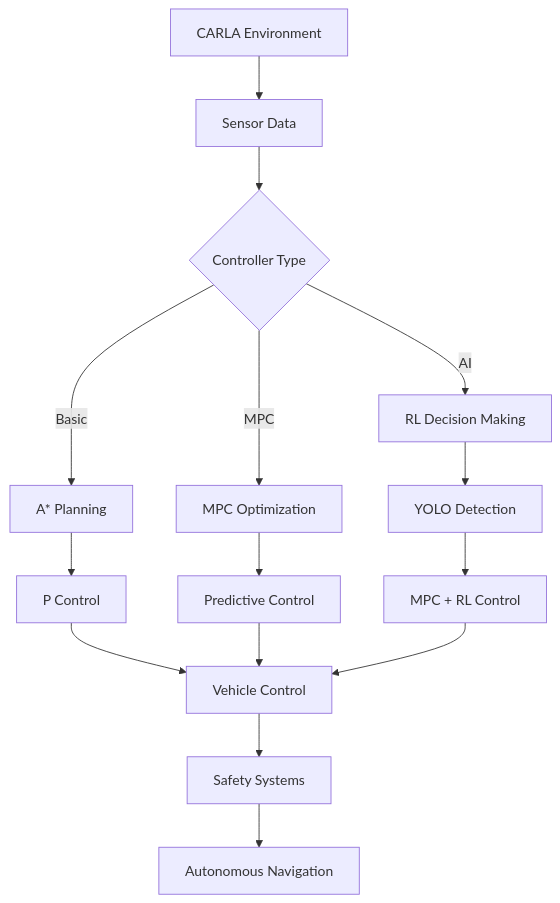
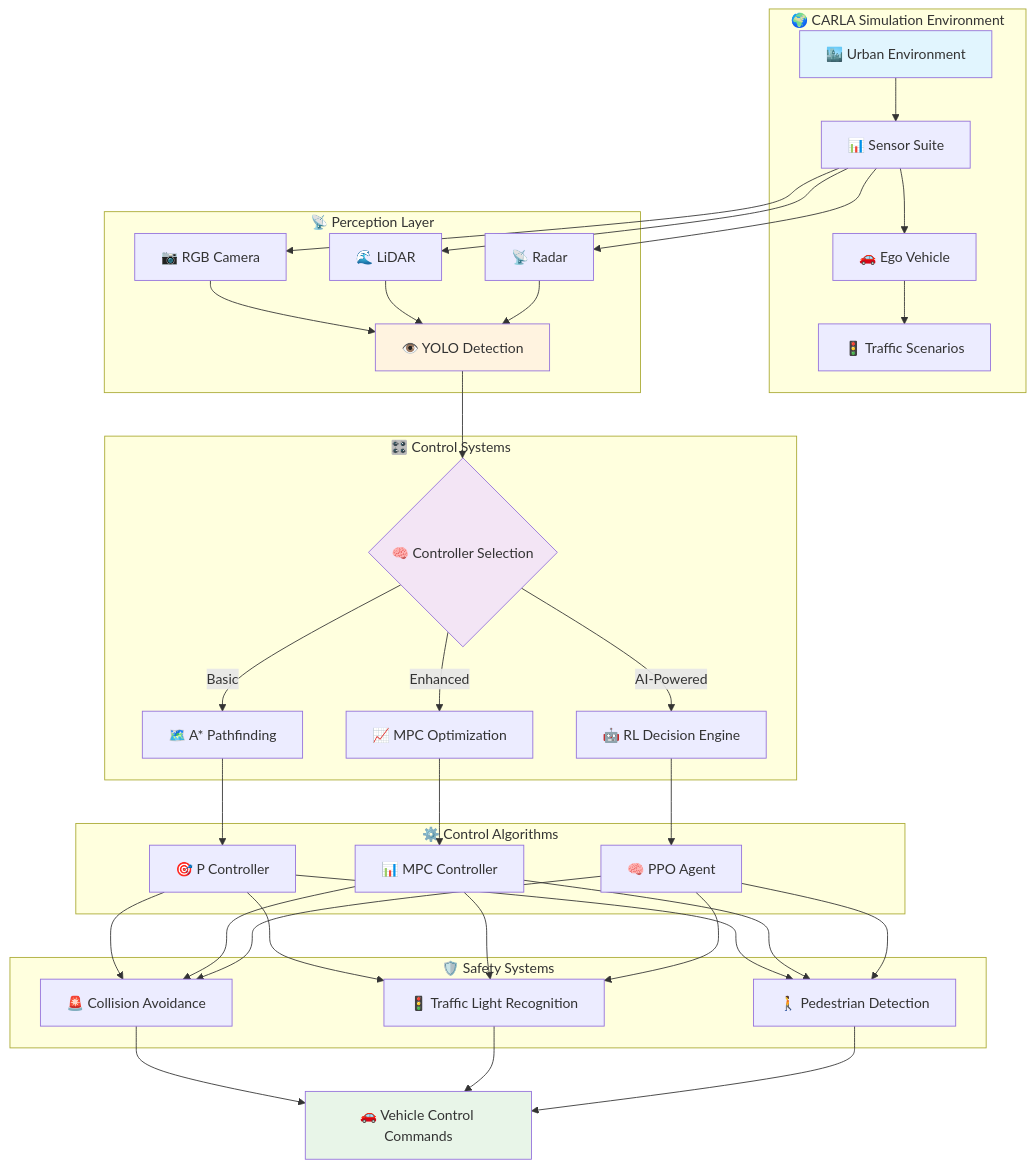
Before and after one commit to Baebabe/Autonomous-Vehicle-Safety-and-Navigation-through-AI: the diagram in README.md, drawn with Mermaid. The commit also changed other lines of this file, not shown here.

````diff
--- a/README.md
+++ b/README.md
@@ -263,21 +58,45 @@
 ```mermaid
 graph TB
-    A[CARLA Environment] --> B[Sensor Data]
-    B --> C{Controller Type}
+    subgraph "🌍 CARLA Simulation Environment"
+        A[🏙️ Urban Environment] --> B[📊 Sensor Suite]
+        B --> C[🚗 Ego Vehicle]
+        C --> D[🚦 Traffic Scenarios]
+    end
     
-    C -->|Basic| D[A* Planning]
-    C -->|MPC| E[MPC Optimization]  
-    C -->|AI| F[RL Decision Making]
+    subgraph "🎛️ Control Systems"
+        E{🧠 Controller Selection}
+        E -->|Basic| F[🗺️ A* Pathfinding]
+        E -->|Enhanced| G[📈 MPC Optimization]
+        E -->|AI-Powered| H[🤖 RL Decision Engine]
+    end
     
-    D --> G[P Control]
-    E --> H[Predictive Control]
-    F --> I[YOLO Detection]
+    subgraph "📡 Perception Layer"
+        I[📷 RGB Camera]
+        J[🌊 LiDAR]
+        K[📡 Radar]
+        L[👁️ YOLO Detection]
+    end
     
-    G --> J[Vehicle Control]
-    H --> J
-    I --> K[MPC + RL Control]
-    K --> J
+    subgraph "⚙️ Control Algorithms"
+        F --> M[🎯 P Controller]
+        G --> N[📊 MPC Controller]
+        H --> O[🧠 PPO Agent]
+    end
     
-    J --> L[Safety Systems]
-    L --> M[Autonomous Navigation]
+    subgraph "🛡️ Safety Systems"
+        P[🚨 Collision Avoidance]
+        Q[🚦 Traffic Light Recognition]
+        R[🚶 Pedestrian Detection]
+    end
+    
+    B --> I & J & K
+    I & J & K --> L
+    L --> E
+    M & N & O --> P & Q & R
+    P & Q & R --> S[🚗 Vehicle Control Commands]
+    
+    style A fill:#e1f5fe
+    style E fill:#f3e5f5
+    style L fill:#fff3e0
+    style S fill:#e8f5e8
 ```
````
